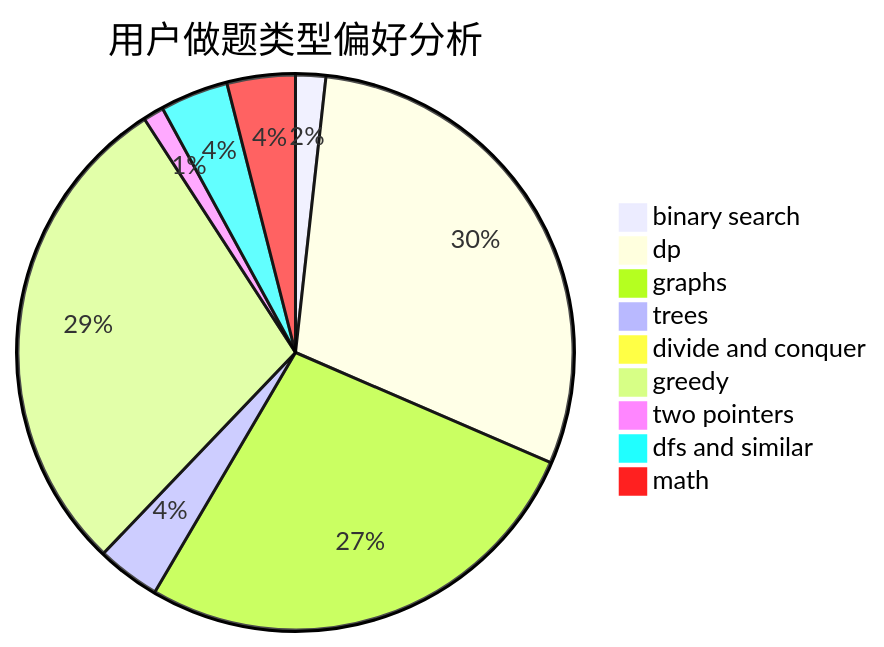
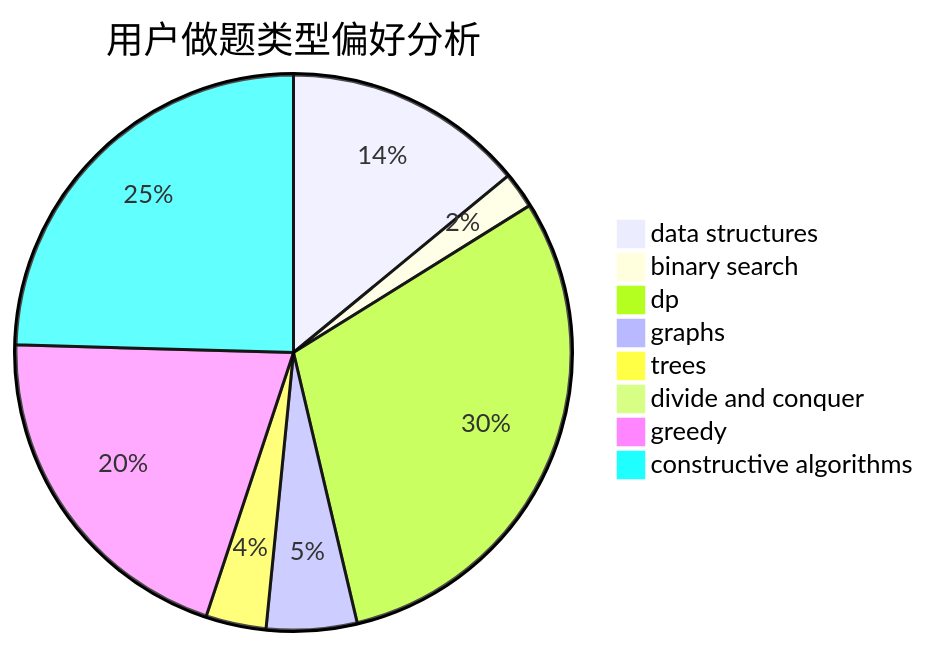
One commit to sherpahu/cfrs.github.io changed the second of 3 diagrams in docs/user/u1630.md. Above: the diagram before and after it, drawn with Mermaid. The commit also changed other lines of this file and 2775 other files, not shown here.

````diff
--- a/docs/user/u1630.md
+++ b/docs/user/u1630.md
@@ -23,12 +23,11 @@
 ```mermaid
 pie title 用户做题类型偏好分析
-    "binary search" :  19
-    "dp" :  322
-    "graphs" :  292
-    "trees" :  40
-    "divide and conquer" :  5
-    "greedy" :  311
-    "two pointers" :  13
-    "dfs and similar" :  43
-    "math" :  43
+    "data structures" :  40
+    "binary search" :  6
+    "dp" :  86
+    "graphs" :  15
+    "trees" :  10
+    "divide and conquer" :  0
+    "greedy" :  58
+    "constructive algorithms" :  70
 ```
````
